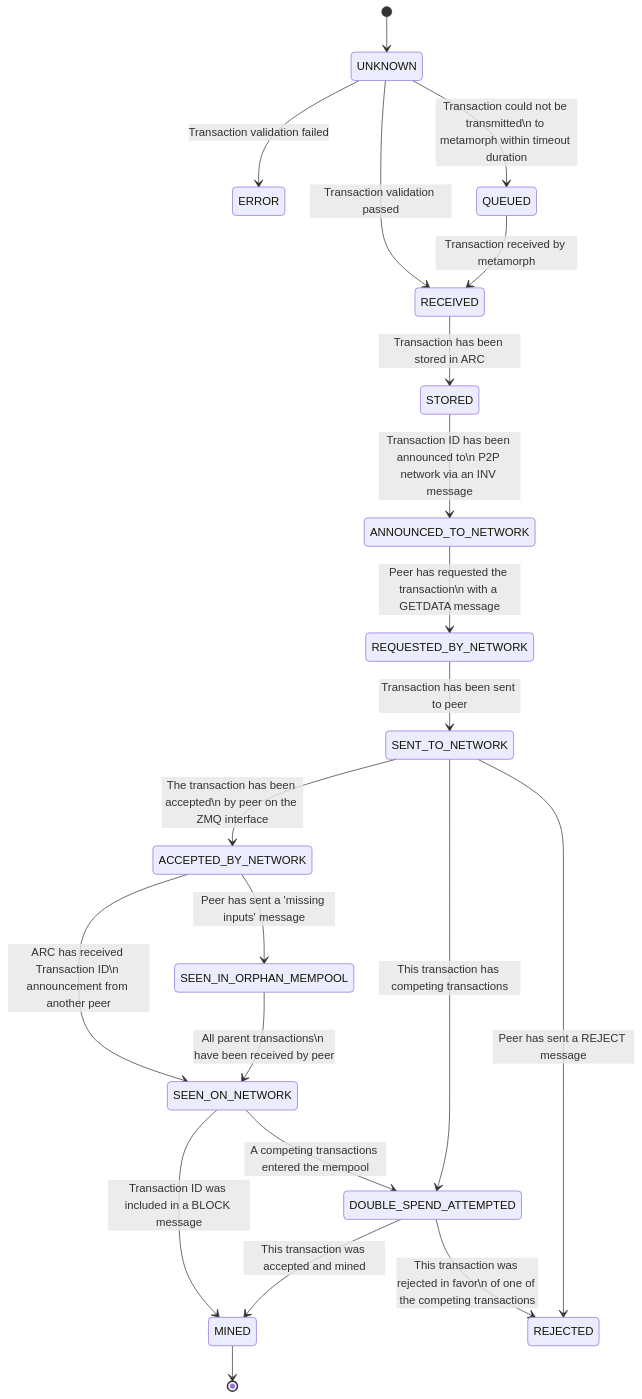
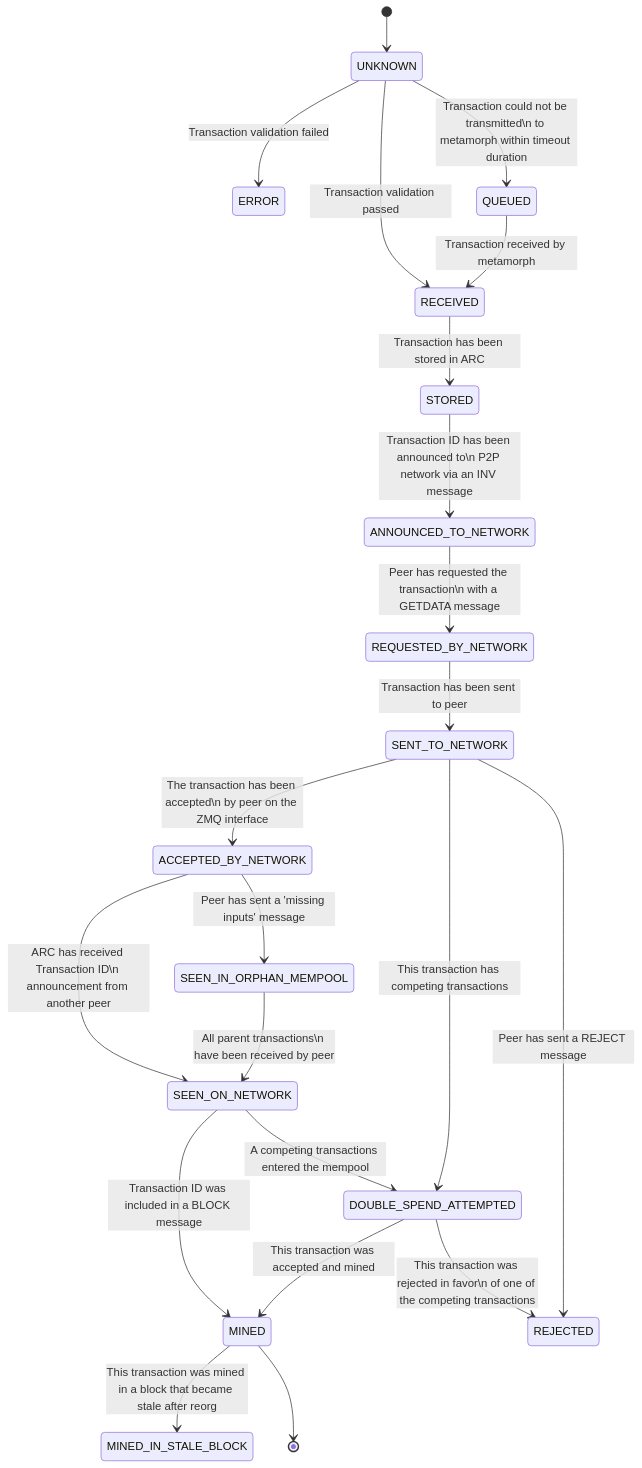
Before and after one commit to bitcoin-sv/arc: the first of 6 diagrams in doc/README.md, drawn with Mermaid. The commit also changed other lines of this file and 1 other file, not shown here.

Commit message:
feat: documentation for reorg

````diff
--- a/doc/README.md
+++ b/doc/README.md
@@ -28,38 +28,40 @@
 ```mermaid
 stateDiagram-v2
     state UNKNOWN
     state QUEUED
     state RECEIVED
     state STORED
     state ANNOUNCED_TO_NETWORK
     state ERROR
     state REQUESTED_BY_NETWORK
     state SENT_TO_NETWORK
     state ACCEPTED_BY_NETWORK
     state SEEN_IN_ORPHAN_MEMPOOL
     state DOUBLE_SPEND_ATTEMPTED
     state SEEN_ON_NETWORK
     state REJECTED
     state MINED
+    state MINED_IN_STALE_BLOCK
 
     [*] --> UNKNOWN
     UNKNOWN --> ERROR: Transaction validation failed
     UNKNOWN --> RECEIVED: Transaction validation passed
     UNKNOWN --> QUEUED: Transaction could not be transmitted\n to metamorph within timeout duration
     QUEUED --> RECEIVED: Transaction received by metamorph
     RECEIVED --> STORED: Transaction has been stored in ARC
     STORED --> ANNOUNCED_TO_NETWORK: Transaction ID has been announced to\n P2P network via an INV message
     ANNOUNCED_TO_NETWORK --> REQUESTED_BY_NETWORK: Peer has requested the transaction\n with a GETDATA message
     REQUESTED_BY_NETWORK --> SENT_TO_NETWORK: Transaction has been sent to peer
     SENT_TO_NETWORK --> ACCEPTED_BY_NETWORK: The transaction has been accepted\n by peer on the ZMQ interface
     SENT_TO_NETWORK --> DOUBLE_SPEND_ATTEMPTED: This transaction has competing transactions
     SENT_TO_NETWORK --> REJECTED: Peer has sent a REJECT message
     ACCEPTED_BY_NETWORK --> SEEN_ON_NETWORK: ARC has received Transaction ID\n announcement from another peer
     ACCEPTED_BY_NETWORK --> SEEN_IN_ORPHAN_MEMPOOL: Peer has sent a 'missing inputs' message
     SEEN_IN_ORPHAN_MEMPOOL --> SEEN_ON_NETWORK: All parent transactions\n have been received by peer
     SEEN_ON_NETWORK --> MINED: Transaction ID was included in a BLOCK message
     SEEN_ON_NETWORK --> DOUBLE_SPEND_ATTEMPTED: A competing transactions entered the mempool
     DOUBLE_SPEND_ATTEMPTED --> MINED: This transaction was accepted and mined
     DOUBLE_SPEND_ATTEMPTED --> REJECTED: This transaction was rejected in favor\n of one of the competing transactions
+    MINED --> MINED_IN_STALE_BLOCK: This transaction was mined in a block that became stale after reorg
     MINED --> [*]
 ```
````
